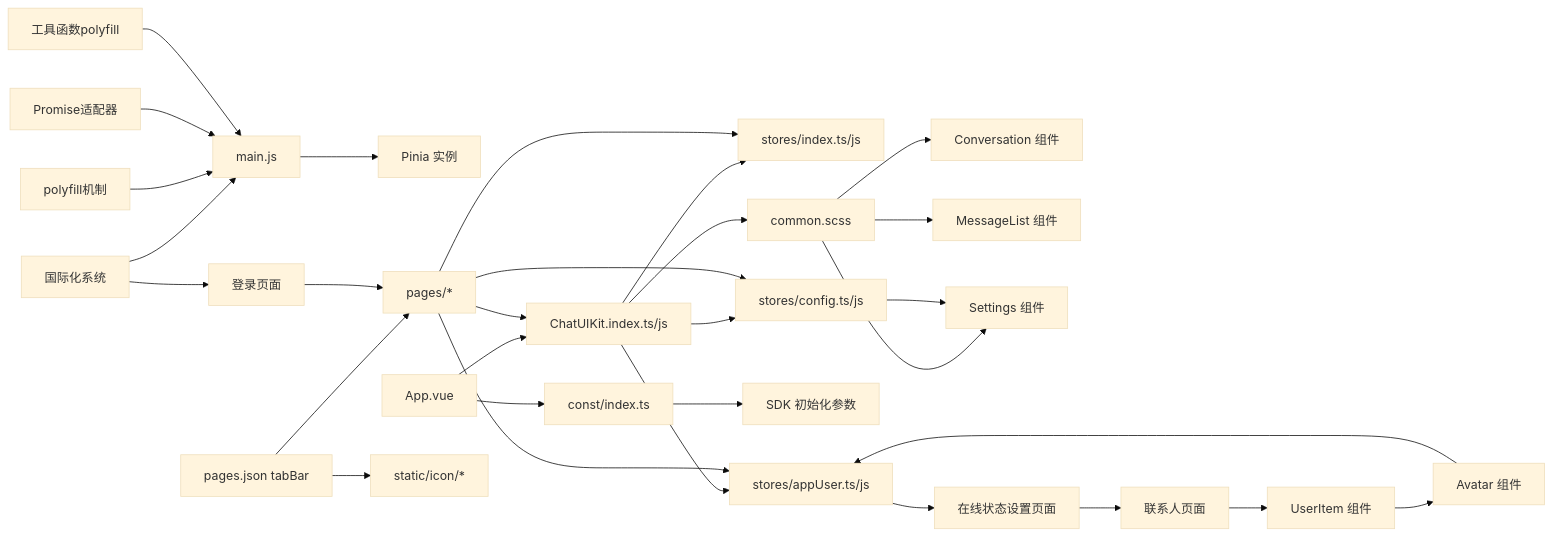
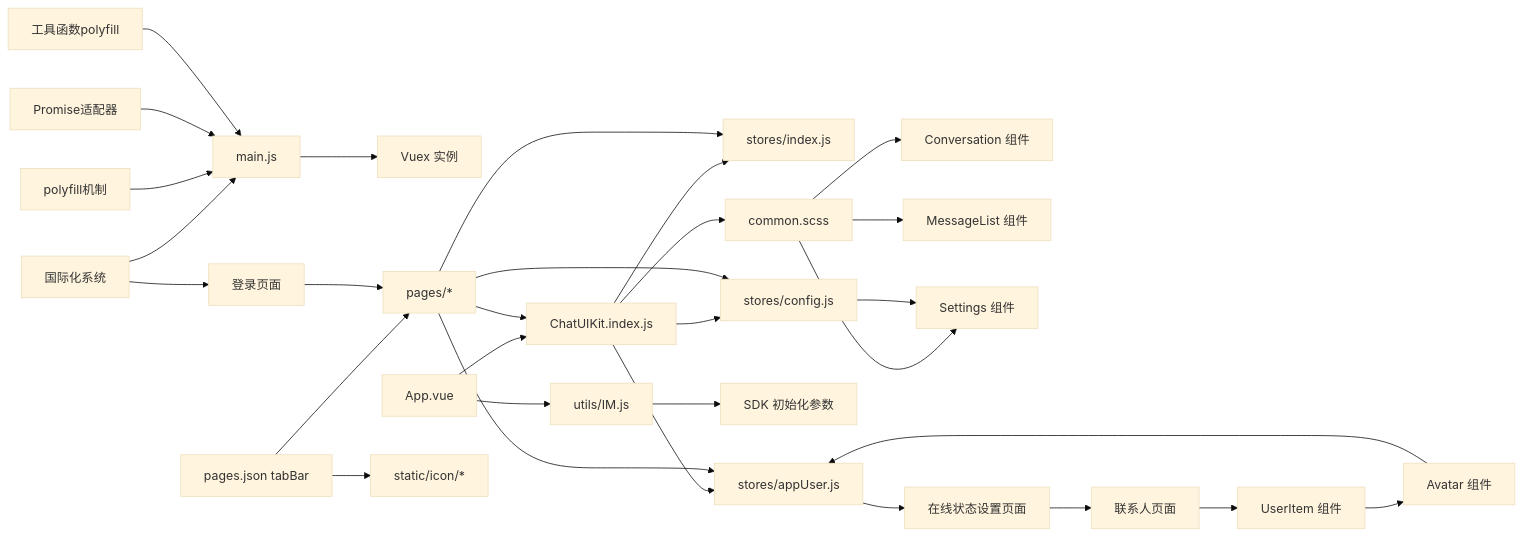
One commit to Easemob-Community/easemob-uikit-uniapp-community changed diagram 16 of 16 in .qoder/repowiki/zh/content/示例应用/示例应用.md. Above: the diagram before and after it, drawn with Mermaid (base theme). The commit also changed other lines of this file and 14 other files, not shown here.

First line of the commit message:
docs(vue2): 添加平台兼容性说明，强调仅支持 H5/App/微信小程序

````diff
--- a/.qoder/repowiki/zh/content/示例应用/示例应用.md
+++ b/.qoder/repowiki/zh/content/示例应用/示例应用.md
@@ -1278,32 +1153,32 @@
 ```mermaid
 graph LR
-MAIN["main.js"] --> PINIA["Pinia 实例"]
-APP["App.vue"] --> KIT["ChatUIKit.index.ts/js"]
-KIT --> STORES["stores/index.ts/js"]
-KIT --> CONFIG["stores/config.ts/js"]
-KIT --> APPUSER["stores/appUser.ts/js"]
-APP --> CONST["const/index.ts"]
-CONST --> SDKCFG["SDK 初始化参数"]
+MAIN["main.js"] --> VUEX["Vuex 实例"]
+APP["App.vue"] --> KIT["ChatUIKit.index.js"]
+KIT --> STORES["stores/index.js"]
+KIT --> CONFIG["stores/config.js"]
+KIT --> APPUSER["stores/appUser.js"]
+APP --> IM["utils/IM.js"]
+IM --> SDKCFG["SDK 初始化参数"]
 PAGE["pages/*"] --> KIT
 PAGE --> STORES
 PAGE --> CONFIG
 PAGE --> APPUSER
 TABBAR["pages.json tabBar"] --> PAGE
 TABBAR --> ICONS["static/icon/*"]
 STYLE["common.scss"] --> CONVERSATION["Conversation 组件"]
 STYLE --> MESSAGE["MessageList 组件"]
 STYLE --> SETTINGS["Settings 组件"]
 KIT --> STYLE
 CONFIG --> SETTINGS
 APPUSER --> PRESENCE["在线状态设置页面"]
 PRESENCE --> CONTACTLIST["联系人页面"]
 CONTACTLIST --> USERITEM["UserItem 组件"]
 USERITEM --> AVATAR["Avatar 组件"]
 AVATAR --> APPUSER
 I18N["国际化系统"] --> MAIN
 I18N --> LOGIN["登录页面"]
 LOGIN --> PAGE
 POLYFILL["polyfill机制"] --> MAIN
 PROMISE["Promise适配器"] --> MAIN
 UTILS["工具函数polyfill"] --> MAIN
 ```
````
